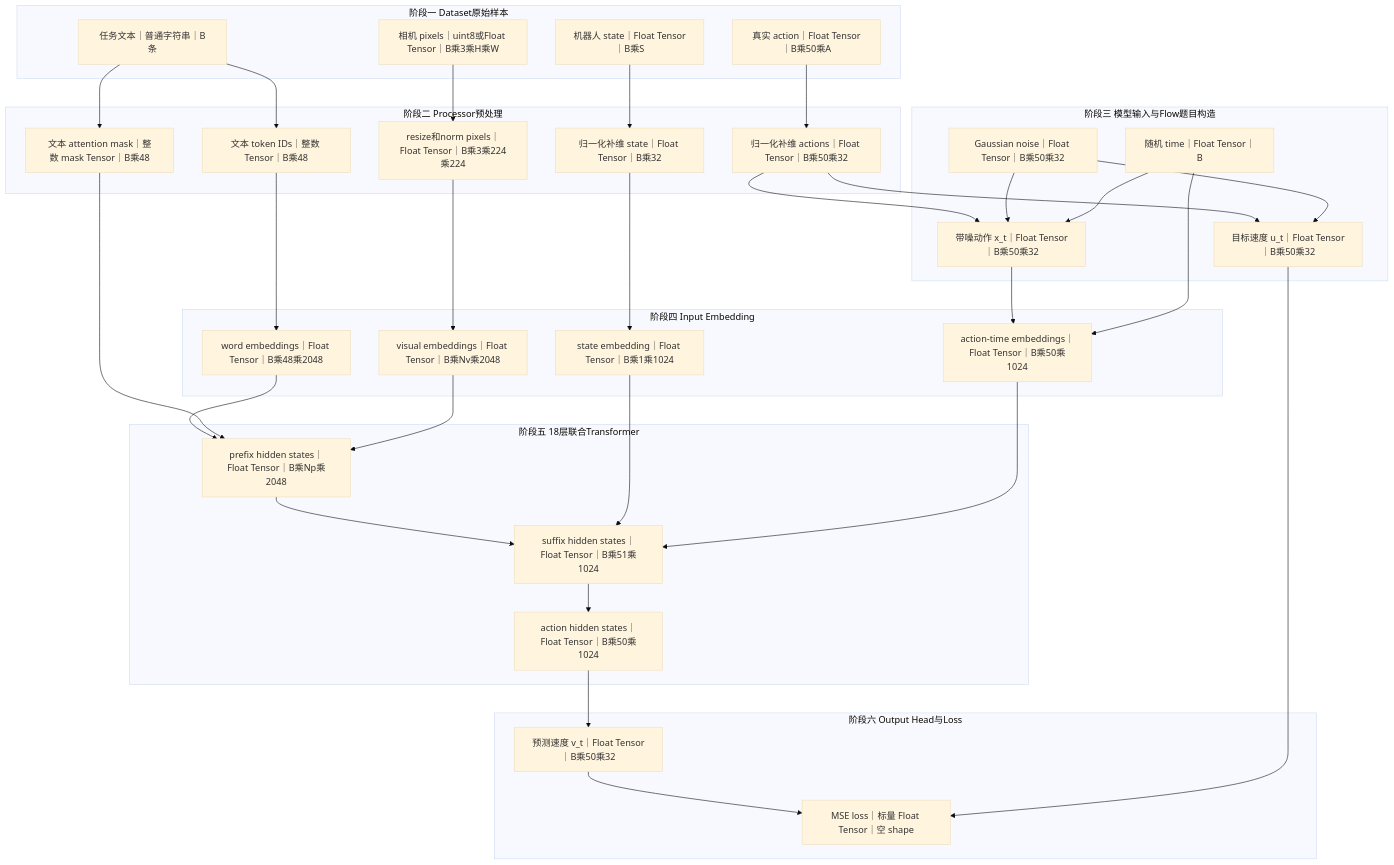
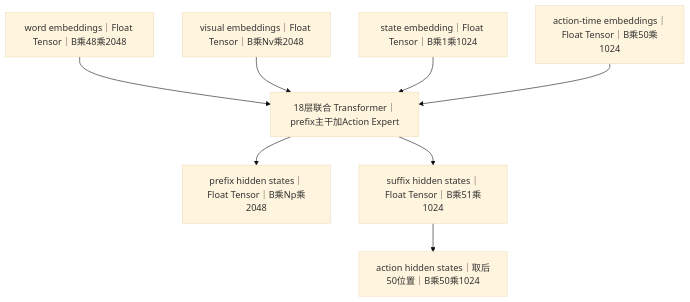
One commit to skkkkk0609/vla-advanced-algorithms changed the seventh of 58 diagrams in pi0/pi0-end-to-end-flowcharts.md. Above: the diagram before and after it, drawn with Mermaid (base theme). The commit also changed other lines of this file and 3 other files, not shown here.

````diff
--- a/pi0/pi0-end-to-end-flowcharts.md
+++ b/pi0/pi0-end-to-end-flowcharts.md
@@ -51,63 +119,14 @@
 ```mermaid
 flowchart TD
-    subgraph S1[阶段一 Dataset原始样本]
-        TXT[任务文本｜普通字符串｜B条]
-        IMG[相机 pixels｜uint8或Float Tensor｜B乘3乘H乘W]
-        STATE[机器人 state｜Float Tensor｜B乘S]
-        ACT[真实 action｜Float Tensor｜B乘50乘A]
-    end
-
-    subgraph S2[阶段二 Processor预处理]
-        IDS[文本 token IDs｜整数 Tensor｜B乘48]
-        TMASK[文本 attention mask｜整数 mask Tensor｜B乘48]
-        PIX[resize和norm pixels｜Float Tensor｜B乘3乘224乘224]
-        NSTATE[归一化补维 state｜Float Tensor｜B乘32]
-        ACTIONS[归一化补维 actions｜Float Tensor｜B乘50乘32]
-    end
-
-    subgraph S3[阶段三 模型输入与Flow题目构造]
-        NOISE[Gaussian noise｜Float Tensor｜B乘50乘32]
-        TIME[随机 time｜Float Tensor｜B]
-        XT[带噪动作 x_t｜Float Tensor｜B乘50乘32]
-        UT[目标速度 u_t｜Float Tensor｜B乘50乘32]
-    end
-
-    subgraph S4[阶段四 Input Embedding]
-        WORD[word embeddings｜Float Tensor｜B乘48乘2048]
-        VIS[visual embeddings｜Float Tensor｜B乘Nv乘2048]
-        SEMB[state embedding｜Float Tensor｜B乘1乘1024]
-        AEMB[action-time embeddings｜Float Tensor｜B乘50乘1024]
-    end
-
-    subgraph S5[阶段五 18层联合Transformer]
-        PREFIX[prefix hidden states｜Float Tensor｜B乘Np乘2048]
-        SUFFIX[suffix hidden states｜Float Tensor｜B乘51乘1024]
-        AHID[action hidden states｜Float Tensor｜B乘50乘1024]
-    end
-
-    subgraph S6[阶段六 Output Head与Loss]
-        VT[预测速度 v_t｜Float Tensor｜B乘50乘32]
-        LOSS[MSE loss｜标量 Float Tensor｜空 shape]
-    end
-
-    TXT --> IDS --> WORD
-    TXT --> TMASK
-    IMG --> PIX --> VIS
-    STATE --> NSTATE --> SEMB
-    ACT --> ACTIONS
-    ACTIONS --> XT
-    ACTIONS --> UT
-    NOISE --> XT
-    NOISE --> UT
-    TIME --> XT
-    XT --> AEMB
-    TIME --> AEMB
-    WORD --> PREFIX
-    TMASK --> PREFIX
-    VIS --> PREFIX
-    PREFIX --> SUFFIX
-    SEMB --> SUFFIX
-    AEMB --> SUFFIX
-    SUFFIX --> AHID --> VT --> LOSS
-    UT --> LOSS
+    W[word embeddings｜Float Tensor｜B乘48乘2048]
+    V[visual embeddings｜Float Tensor｜B乘Nv乘2048]
+    S[state embedding｜Float Tensor｜B乘1乘1024]
+    A[action-time embeddings｜Float Tensor｜B乘50乘1024]
+    W --> J[18层联合 Transformer｜prefix主干加Action Expert]
+    V --> J
+    S --> J
+    A --> J
+    J --> P[prefix hidden states｜Float Tensor｜B乘Np乘2048]
+    J --> U[suffix hidden states｜Float Tensor｜B乘51乘1024]
+    U --> H[action hidden states｜取后50位置｜B乘50乘1024]
 ```
````
